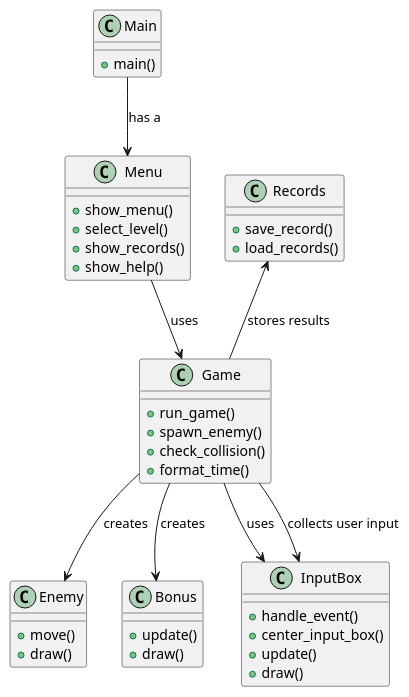
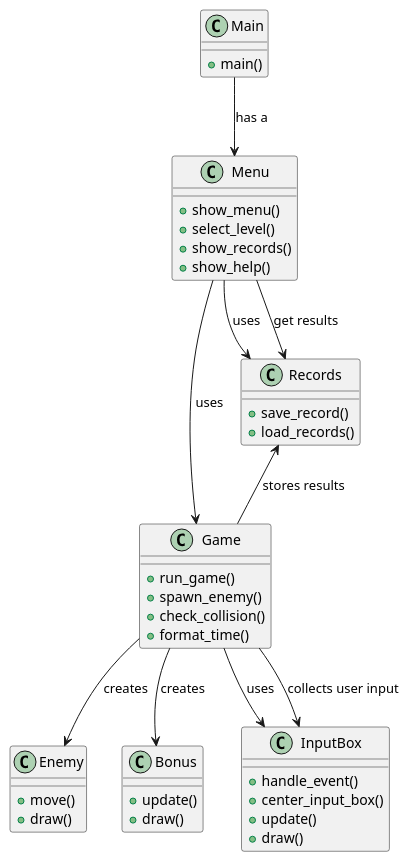
The diagram in docs/class.iuml (DoNik226/software_development), drawn with PlantUML before and after one commit.

```diff
--- a/docs/class.iuml
+++ b/docs/class.iuml
@@ -1,51 +1,53 @@
 @startuml
 
 class Main {
     +main()
 }
 
 class Menu {
     +show_menu()
     +select_level()
     +show_records()
     +show_help()
 }
 
 class Game {
     +run_game()
     +spawn_enemy()
     +check_collision()
     +format_time()
 }
 
 class Enemy {
     +move()
     +draw()
 }
 
 class Bonus {
     +update()
     +draw()
 }
 
 class InputBox {
     +handle_event()
     +center_input_box()
     +update()
     +draw()
 }
 
 class Records {
     +save_record()
     +load_records()
 }
 
 Main --> Menu : has a
 Menu --> Game : uses
+Menu --> Records : uses
 Game --> Enemy : creates
 Game --> Bonus : creates
 Game --> InputBox : uses
 Records <-- Game : stores results
+Records <-- Menu : get results
 InputBox <-- Game : collects user input
 
 @enduml
```
